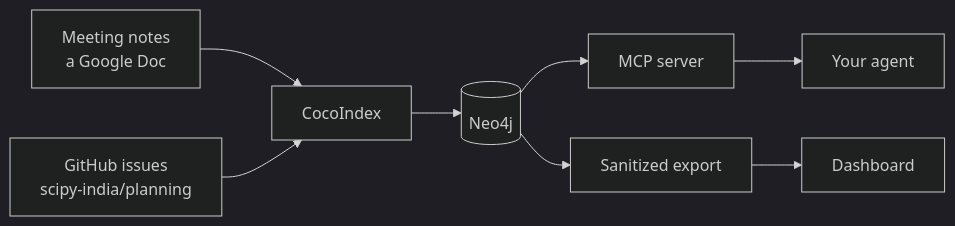
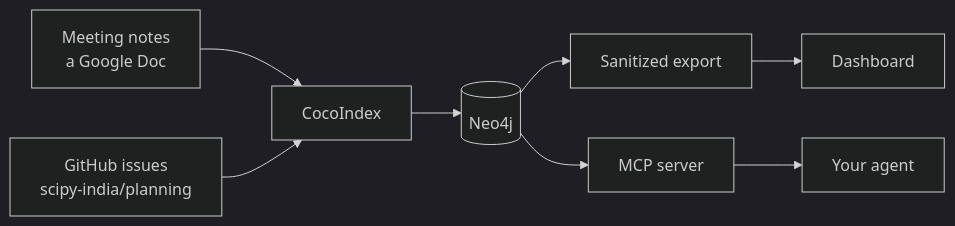
Before and after one commit to Haleshot/scipy-india-organizing-tracker: the diagram in docs/index.md, drawn with Mermaid (dark theme). The commit also changed other lines of this file and 6 other files, not shown here.

````diff
--- a/docs/index.md
+++ b/docs/index.md
@@ -13,8 +16,8 @@
 ```mermaid
 flowchart LR
     doc["Meeting notes<br/>a Google Doc"] --> coco["CocoIndex"]
     gh["GitHub issues<br/>scipy-india/planning"] --> coco
     coco --> neo[("Neo4j")]
+    neo --> snap["Sanitized export"] --> site["Dashboard"]
     neo --> mcp["MCP server"] --> agent["Your agent"]
-    neo --> snap["Sanitized export"] --> site["Dashboard"]
 ```
````
